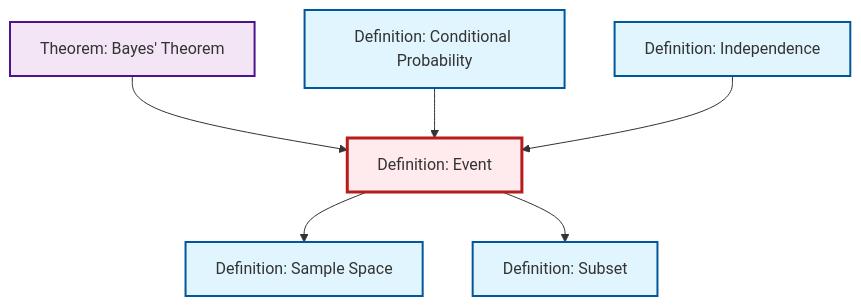
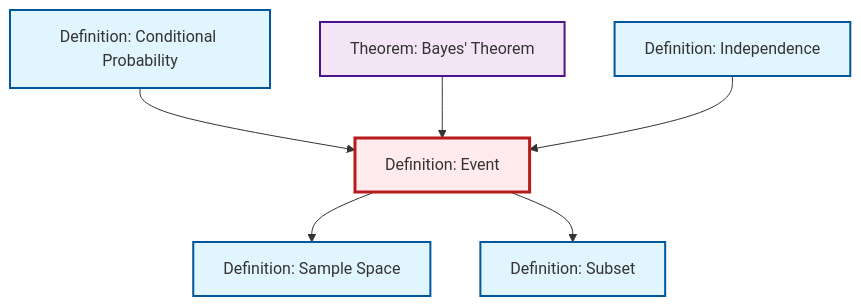
One commit to RK0429/ModernMath changed the diagram in output/mermaid/def-event.mermaid. Above: the diagram before and after it, drawn with Mermaid. The commit also changed other lines of this file and 615 other files, not shown here.

```diff
--- a/output/mermaid/def-event.mermaid
+++ b/output/mermaid/def-event.mermaid
@@ -1,19 +1,19 @@
 %%| fig-cap: "Local dependency graph"
 graph TD
     classDef definition fill:#e1f5fe,stroke:#01579b,stroke-width:2px
     classDef theorem fill:#f3e5f5,stroke:#4a148c,stroke-width:2px
     classDef axiom fill:#fff3e0,stroke:#e65100,stroke-width:2px
     classDef example fill:#e8f5e9,stroke:#1b5e20,stroke-width:2px
     classDef current fill:#ffebee,stroke:#b71c1c,stroke-width:3px
+    def-independence["Definition: Independence"]:::definition
+    def-event["Definition: Event"]:::definition
     def-subset["Definition: Subset"]:::definition
+    thm-bayes["Theorem: Bayes' Theorem"]:::theorem
     def-sample-space["Definition: Sample Space"]:::definition
-    def-event["Definition: Event"]:::definition
     def-conditional-probability["Definition: Conditional Probability"]:::definition
-    def-independence["Definition: Independence"]:::definition
-    thm-bayes["Theorem: Bayes' Theorem"]:::theorem
+    def-event --> def-sample-space
+    def-conditional-probability --> def-event
     thm-bayes --> def-event
-    def-conditional-probability --> def-event
+    def-event --> def-subset
     def-independence --> def-event
-    def-event --> def-sample-space
-    def-event --> def-subset
     class def-event current
```
